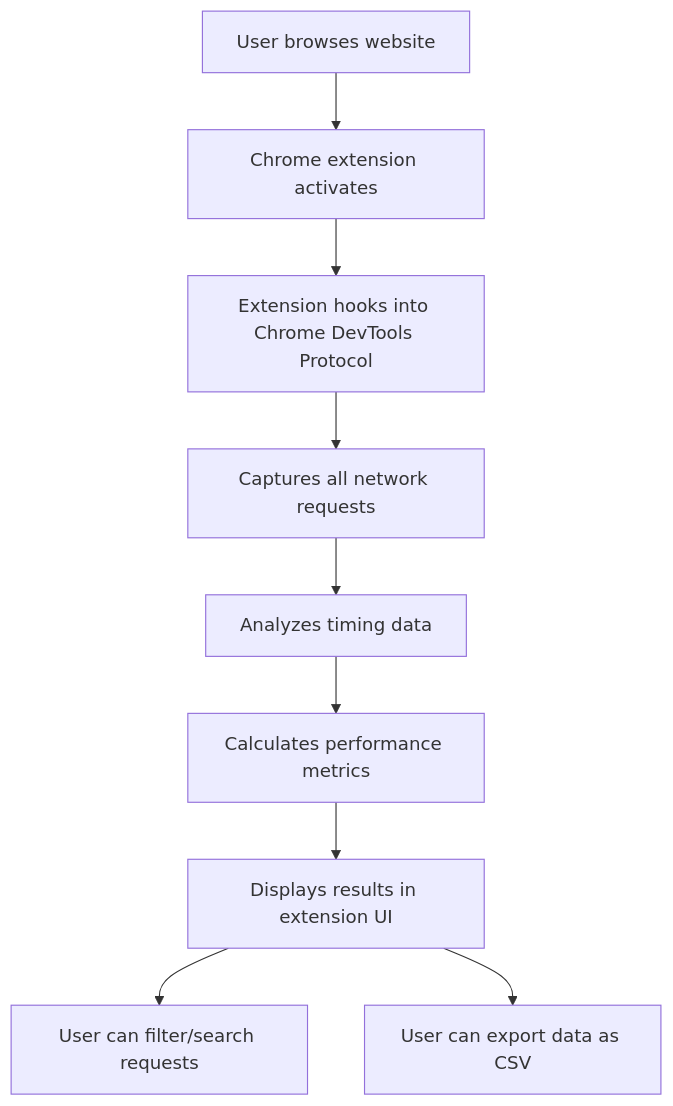
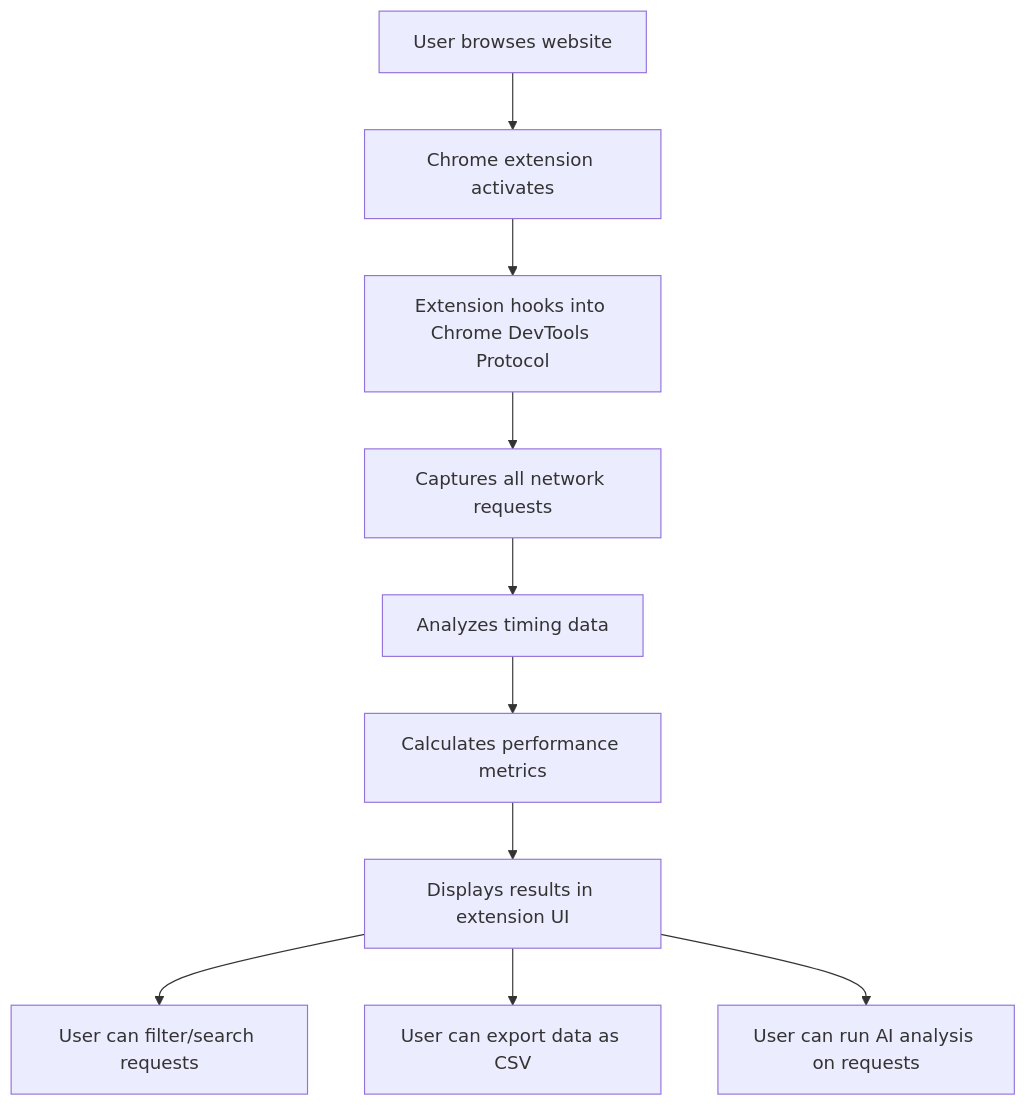
Before and after one commit to weetime/chrome-network-analyzer: the diagram in README.md, drawn with Mermaid. The commit also changed other lines of this file and 10 other files, not shown here.

````diff
--- a/README.md
+++ b/README.md
@@ -29,11 +42,12 @@
 ```mermaid
 graph TD
     A[User browses website] --> B[Chrome extension activates]
     B --> C[Extension hooks into Chrome DevTools Protocol]
     C --> D[Captures all network requests]
     D --> E[Analyzes timing data]
     E --> F[Calculates performance metrics]
     F --> G[Displays results in extension UI]
     G --> H[User can filter/search requests]
     G --> I[User can export data as CSV]
+    G --> J[User can run AI analysis on requests]
 ```
````
